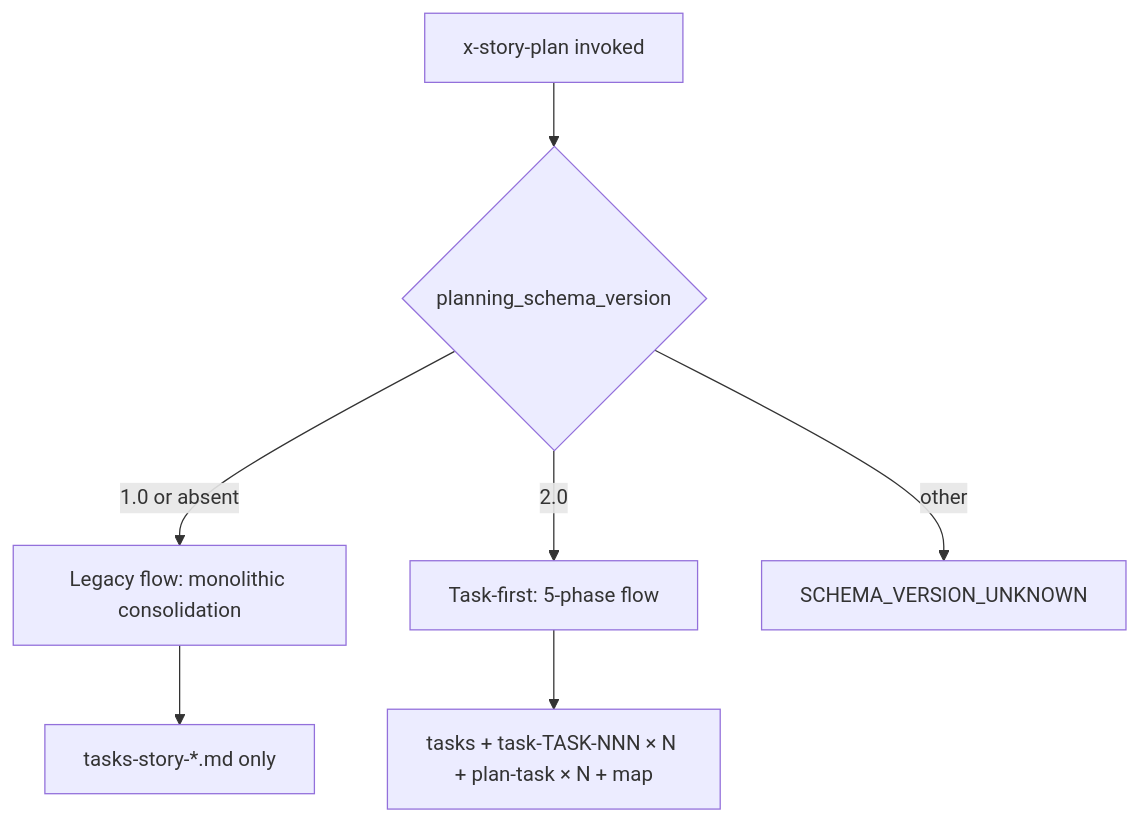
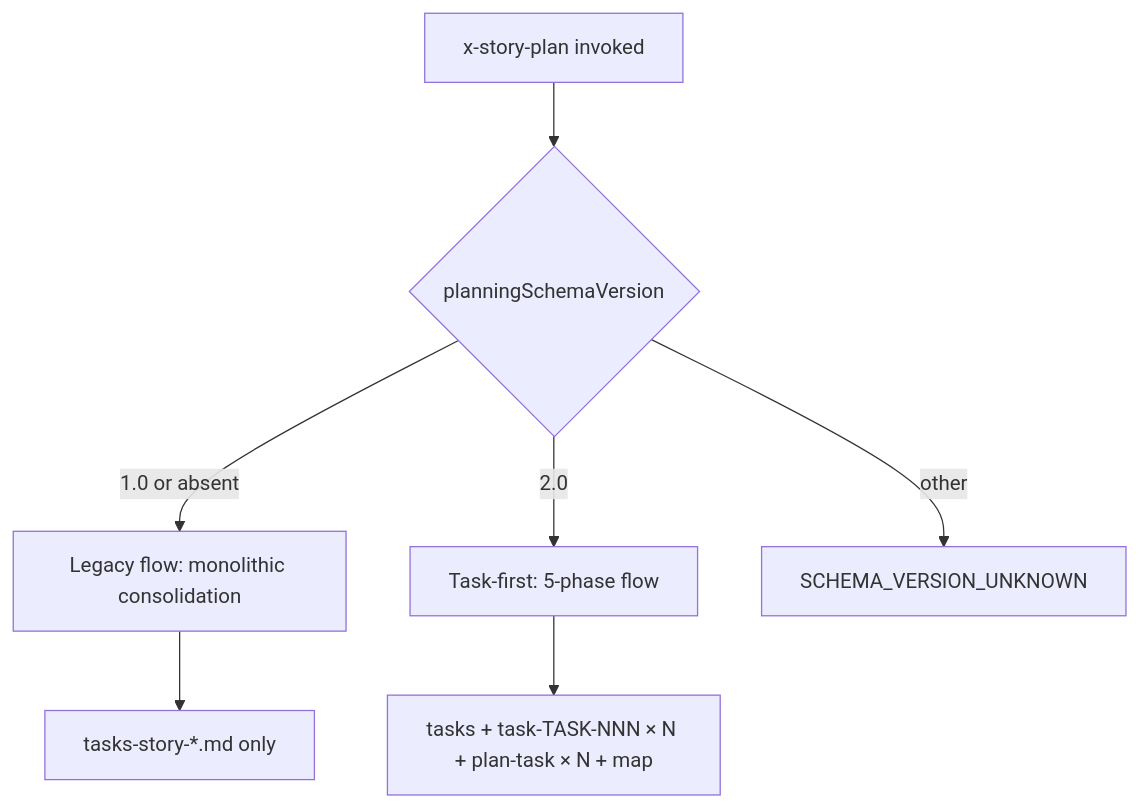
The second of 2 diagrams in plans/epic-0038/story-0038-0004.md (edercnj/ia-dev-environment), drawn with Mermaid before and after one commit. The commit also changed other lines of this file and 11 other files, not shown here.

````diff
--- a/plans/epic-0038/story-0038-0004.md
+++ b/plans/epic-0038/story-0038-0004.md
@@ -204,9 +208,9 @@
 ```mermaid
 flowchart TD
-    START[x-story-plan invoked] --> DETECT{planning_schema_version}
+    START[x-story-plan invoked] --> DETECT{planningSchemaVersion}
     DETECT -->|"1.0" or absent| V1[Legacy flow: monolithic consolidation]
     DETECT -->|"2.0"| V2[Task-first: 5-phase flow]
     DETECT -->|other| FAIL[SCHEMA_VERSION_UNKNOWN]
     V1 --> OUT1[tasks-story-*.md only]
     V2 --> OUT2[tasks + task-TASK-NNN × N + plan-task × N + map]
 ```
````
